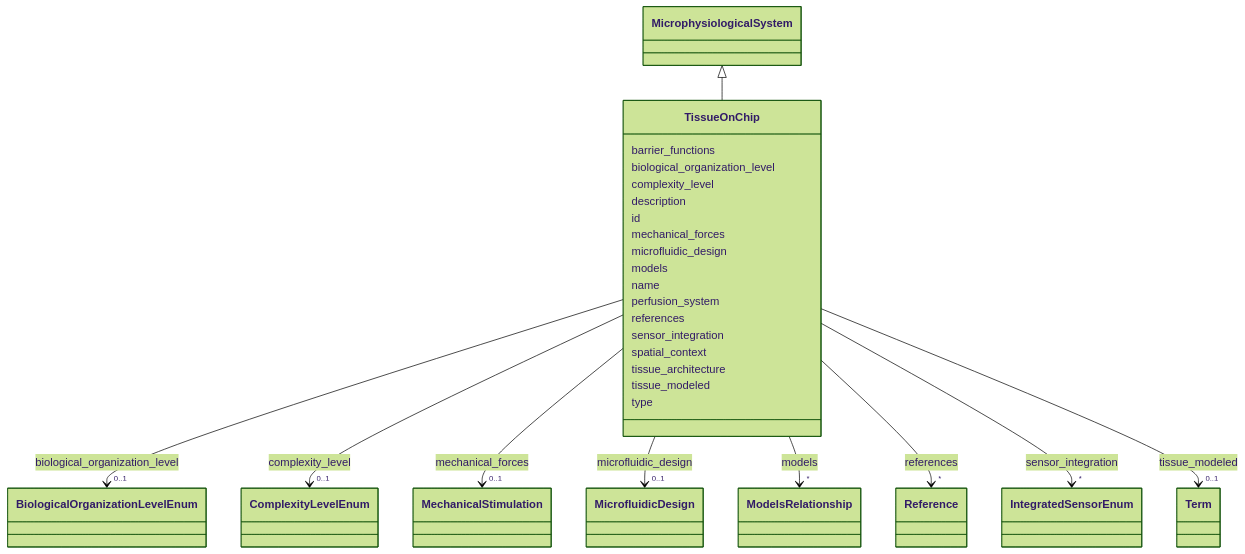
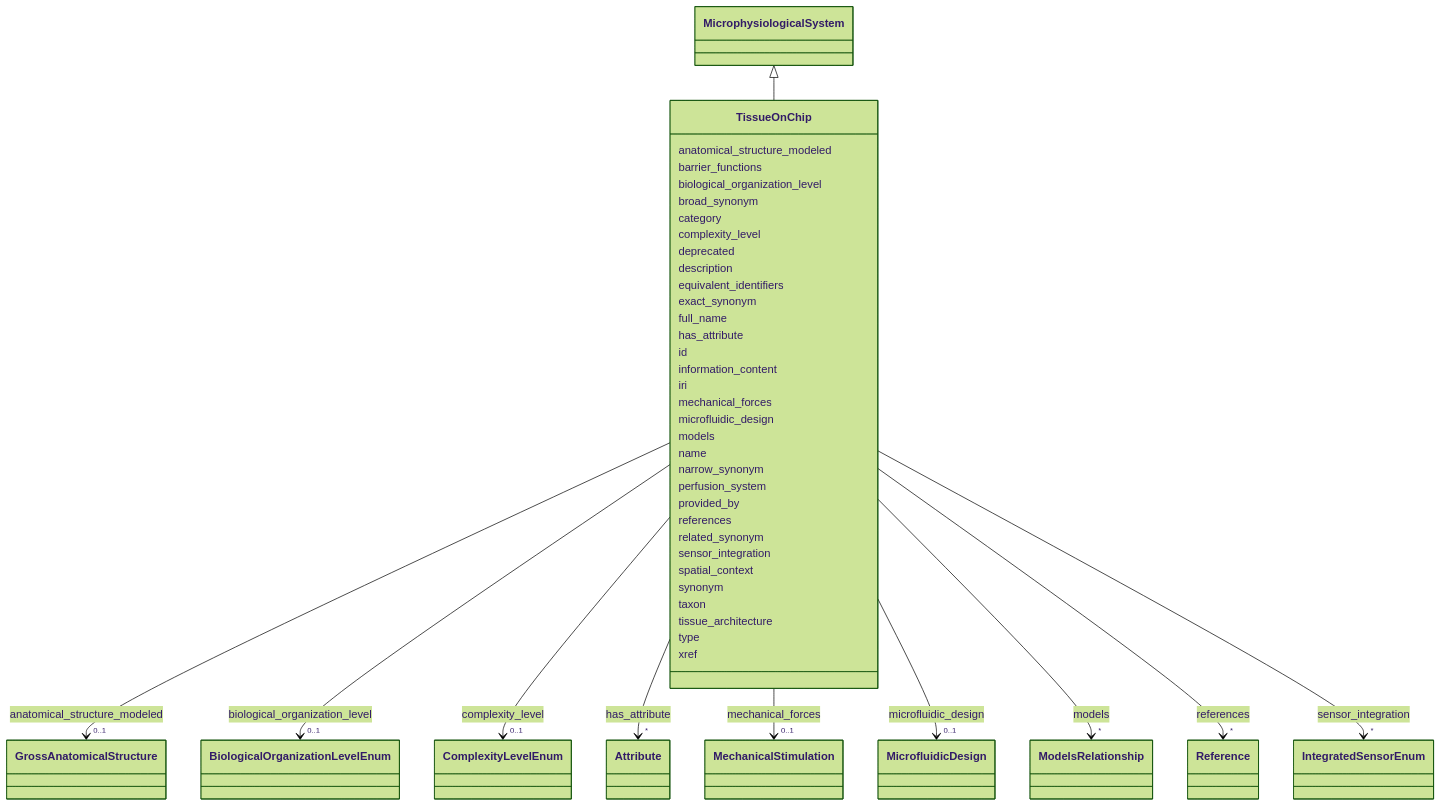
The diagram in docs/elements/TissueOnChip.md (monarch-initiative/namo), drawn with Mermaid (forest theme) before and after one commit. The commit also changed other lines of this file and 1232 other files, not shown here.

````diff
--- a/docs/elements/TissueOnChip.md
+++ b/docs/elements/TissueOnChip.md
@@ -22,6 +27,17 @@
       MicrophysiologicalSystem <|-- TissueOnChip
         click MicrophysiologicalSystem href "../MicrophysiologicalSystem/"
       
+      TissueOnChip : anatomical_structure_modeled
+        
+          
+    
+        
+        
+        TissueOnChip --> "0..1" GrossAnatomicalStructure : anatomical_structure_modeled
+        click GrossAnatomicalStructure href "../GrossAnatomicalStructure/"
+    
+
+        
       TissueOnChip : barrier_functions
         
       TissueOnChip : biological_organization_level
@@ -35,6 +51,10 @@
     
 
         
+      TissueOnChip : broad_synonym
+        
+      TissueOnChip : category
+        
       TissueOnChip : complexity_level
         
           
@@ -46,9 +66,32 @@
     
 
         
+      TissueOnChip : deprecated
+        
       TissueOnChip : description
         
+      TissueOnChip : equivalent_identifiers
+        
+      TissueOnChip : exact_synonym
+        
+      TissueOnChip : full_name
+        
+      TissueOnChip : has_attribute
+        
+          
+    
+        
+        
+        TissueOnChip --> "*" Attribute : has_attribute
+        click Attribute href "../Attribute/"
+    
+
+        
       TissueOnChip : id
+        
+      TissueOnChip : information_content
+        
+      TissueOnChip : iri
         
       TissueOnChip : mechanical_forces
         
@@ -85,7 +128,11 @@
         
       TissueOnChip : name
         
+      TissueOnChip : narrow_synonym
+        
       TissueOnChip : perfusion_system
+        
+      TissueOnChip : provided_by
         
       TissueOnChip : references
         
@@ -97,6 +144,8 @@
         click Reference href "../Reference/"
     
 
+        
+      TissueOnChip : related_synonym
         
       TissueOnChip : sensor_integration
         
@@ -111,20 +160,15 @@
         
       TissueOnChip : spatial_context
         
+      TissueOnChip : synonym
+        
+      TissueOnChip : taxon
+        
       TissueOnChip : tissue_architecture
-        
-      TissueOnChip : tissue_modeled
-        
-          
-    
-        
-        
-        TissueOnChip --> "0..1" Term : tissue_modeled
-        click Term href "../Term/"
-    
-
         
       TissueOnChip : type
         
+      TissueOnChip : xref
+        
       
 ```
````
